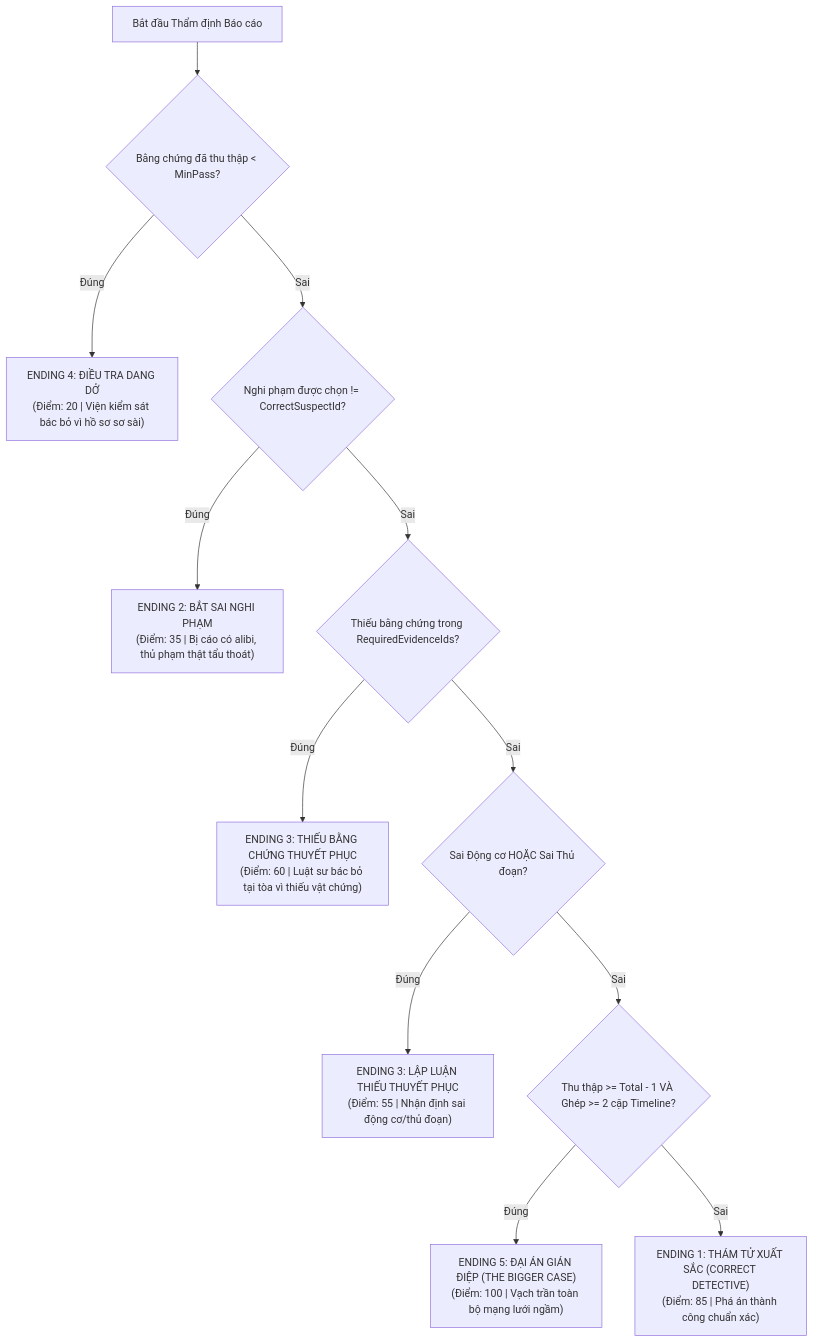
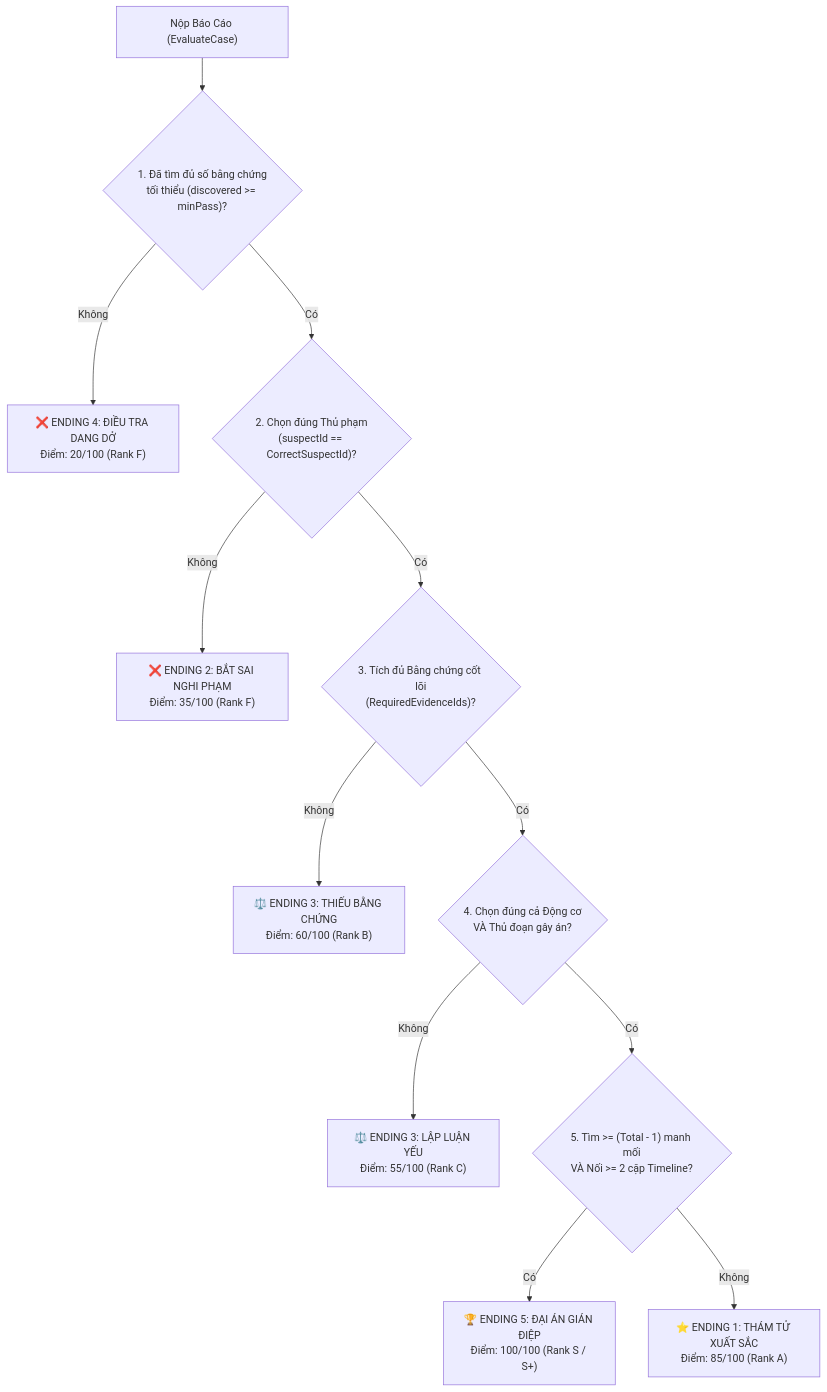
One commit to soda2611/Detective_Desktop changed the fourth of 4 diagrams in TAI_LIEU_THUAT_TOAN_KIEN_TRUC.md. Above: the diagram before and after it, drawn with Mermaid. The commit also changed other lines of this file, not shown here.

````diff
--- a/TAI_LIEU_THUAT_TOAN_KIEN_TRUC.md
+++ b/TAI_LIEU_THUAT_TOAN_KIEN_TRUC.md
@@ -236,14 +261,14 @@
 ```mermaid
 flowchart TD
-    Start["Bắt đầu Thẩm định Báo cáo"] --> C1{"Bằng chứng đã thu thập < MinPass?"}
-    C1 -- Đúng --> E4["ENDING 4: ĐIỀU TRA DANG DỞ<br/>(Điểm: 20 | Viện kiểm sát bác bỏ vì hồ sơ sơ sài)"]
-    C1 -- Sai --> C2{"Nghi phạm được chọn != CorrectSuspectId?"}
-    C2 -- Đúng --> E2["ENDING 2: BẮT SAI NGHI PHẠM<br/>(Điểm: 35 | Bị cáo có alibi, thủ phạm thật tẩu thoát)"]
-    C2 -- Sai --> C3{"Thiếu bằng chứng trong RequiredEvidenceIds?"}
-    C3 -- Đúng --> E3A["ENDING 3: THIẾU BẰNG CHỨNG THUYẾT PHỤC<br/>(Điểm: 60 | Luật sư bác bỏ tại tòa vì thiếu vật chứng)"]
-    C3 -- Sai --> C4{"Sai Động cơ HOẶC Sai Thủ đoạn?"}
-    C4 -- Đúng --> E3B["ENDING 3: LẬP LUẬN THIẾU THUYẾT PHỤC<br/>(Điểm: 55 | Nhận định sai động cơ/thủ đoạn)"]
-    C4 -- Sai --> C5{"Thu thập >= Total - 1 VÀ Ghép >= 2 cặp Timeline?"}
-    C5 -- Đúng --> E5["ENDING 5: ĐẠI ÁN GIÁN ĐIỆP (THE BIGGER CASE)<br/>(Điểm: 100 | Vạch trần toàn bộ mạng lưới ngầm)"]
-    C5 -- Sai --> E1["ENDING 1: THÁM TỬ XUẤT SẮC (CORRECT DETECTIVE)<br/>(Điểm: 85 | Phá án thành công chuẩn xác)"]
+    Start["Nộp Báo Cáo (EvaluateCase)"] --> Step1{"1. Đã tìm đủ số bằng chứng\ntối thiểu (discovered >= minPass)?"}
+    Step1 -- Không --> End4["❌ ENDING 4: ĐIỀU TRA DANG DỞ\nĐiểm: 20/100 (Rank F)"]
+    Step1 -- Có --> Step2{"2. Chọn đúng Thủ phạm\n(suspectId == CorrectSuspectId)?"}
+    Step2 -- Không --> End2["❌ ENDING 2: BẮT SAI NGHI PHẠM\nĐiểm: 35/100 (Rank F)"]
+    Step2 -- Có --> Step3{"3. Tích đủ Bằng chứng cốt lõi\n(RequiredEvidenceIds)?"}
+    Step3 -- Không --> End3A["⚖️ ENDING 3: THIẾU BẰNG CHỨNG\nĐiểm: 60/100 (Rank B)"]
+    Step3 -- Có --> Step4{"4. Chọn đúng cả Động cơ\nVÀ Thủ đoạn gây án?"}
+    Step4 -- Không --> End3B["⚖️ ENDING 3: LẬP LUẬN YẾU\nĐiểm: 55/100 (Rank C)"]
+    Step4 -- Có --> Step5{"5. Tìm >= (Total - 1) manh mối\nVÀ Nối >= 2 cặp Timeline?"}
+    Step5 -- Có --> End5["🏆 ENDING 5: ĐẠI ÁN GIÁN ĐIỆP\nĐiểm: 100/100 (Rank S / S+)"]
+    Step5 -- Không --> End1["⭐ ENDING 1: THÁM TỬ XUẤT SẮC\nĐiểm: 85/100 (Rank A)"]
 ```
````
